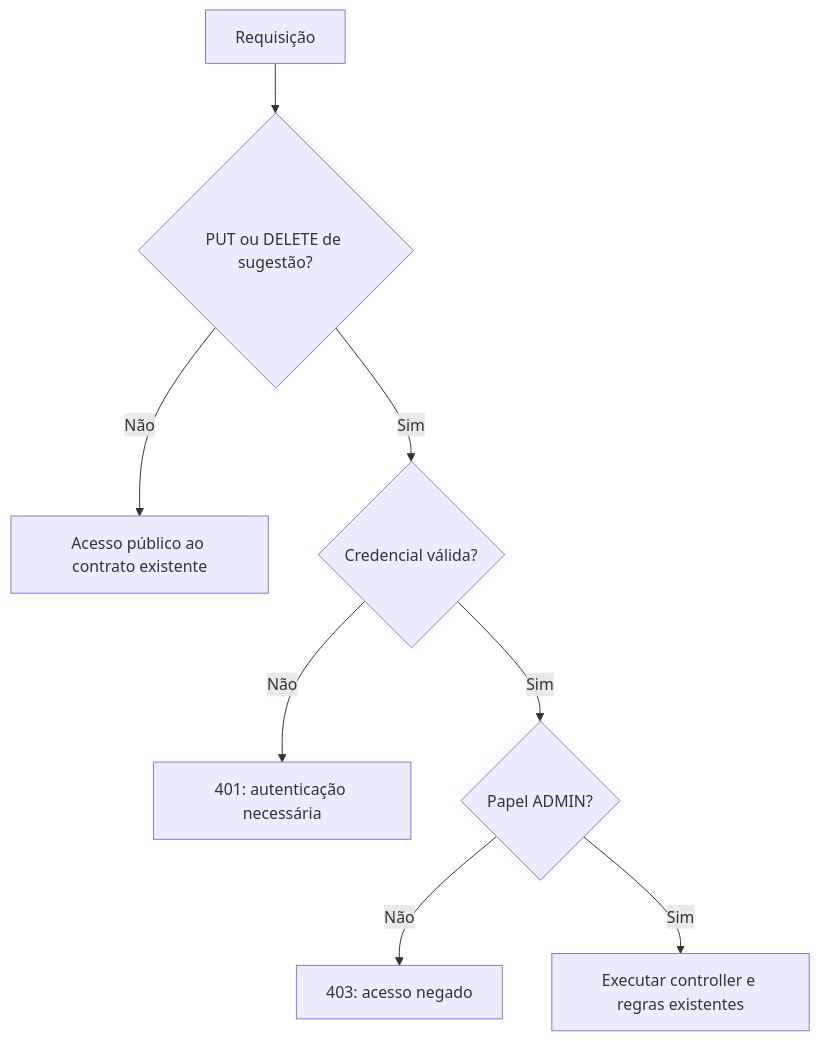
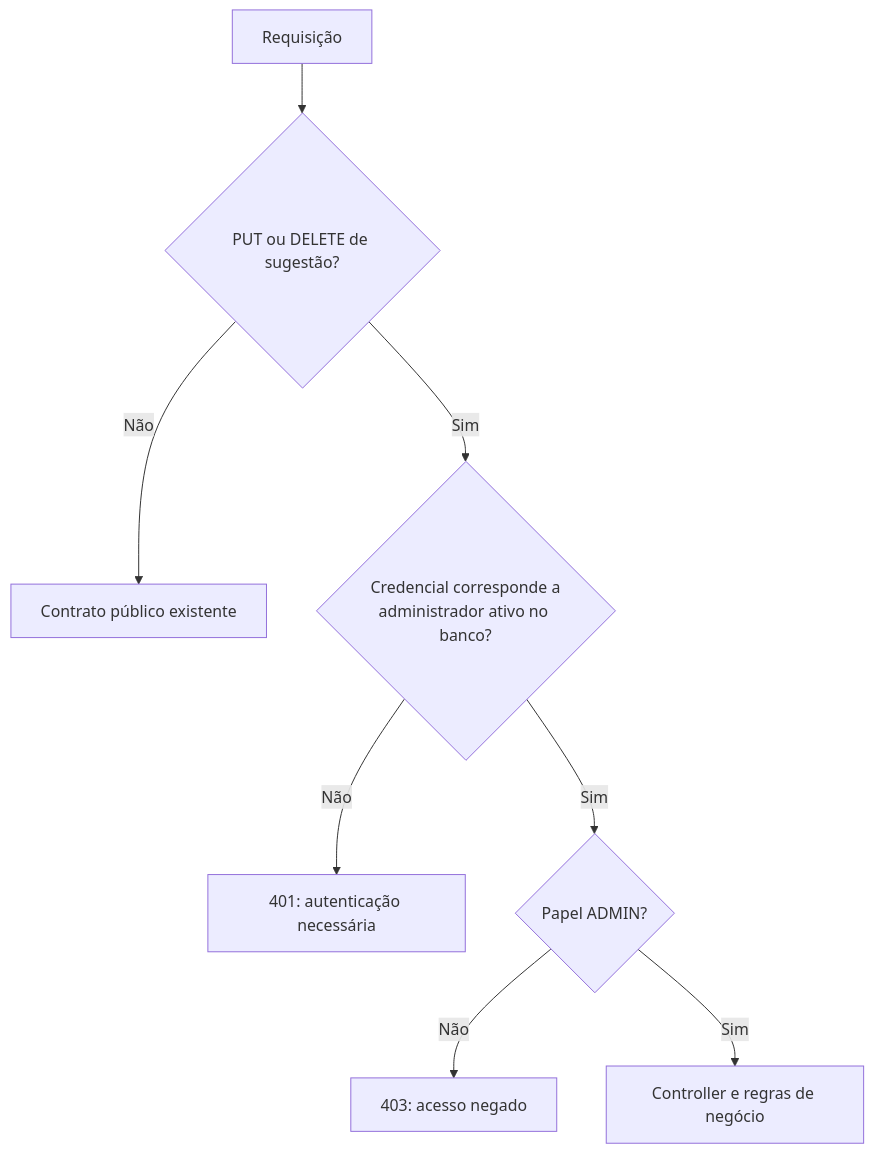
Before and after one commit to e24Dev/CaixaDeSugestoes: the first of 2 diagrams in docs/08-spring-security.md, drawn with Mermaid. The commit also changed other lines of this file and 42 other files, not shown here.

````diff
--- a/docs/08-spring-security.md
+++ b/docs/08-spring-security.md
@@ -15,10 +17,10 @@
 ```mermaid
 flowchart TD
     Request["Requisição"] --> Rota{"PUT ou DELETE de sugestão?"}
-    Rota -->|"Não"| Publico["Acesso público ao contrato existente"]
-    Rota -->|"Sim"| Login{"Credencial válida?"}
+    Rota -->|"Não"| Publico["Contrato público existente"]
+    Rota -->|"Sim"| Login{"Credencial corresponde a<br/>administrador ativo no banco?"}
     Login -->|"Não"| Unauthorized["401: autenticação necessária"]
     Login -->|"Sim"| Papel{"Papel ADMIN?"}
     Papel -->|"Não"| Forbidden["403: acesso negado"]
-    Papel -->|"Sim"| Controller["Executar controller e regras existentes"]
+    Papel -->|"Sim"| Controller["Controller e regras de negócio"]
 ```
````
